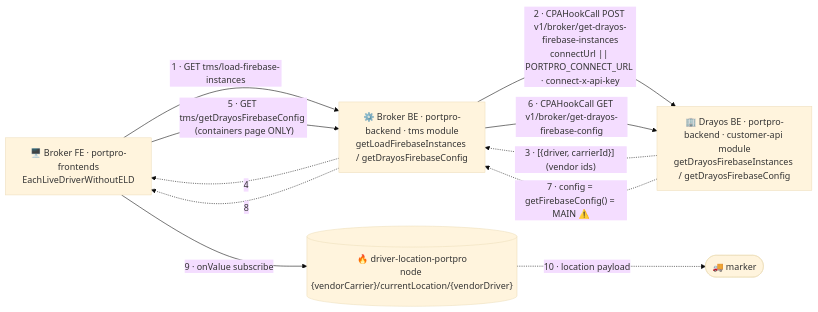
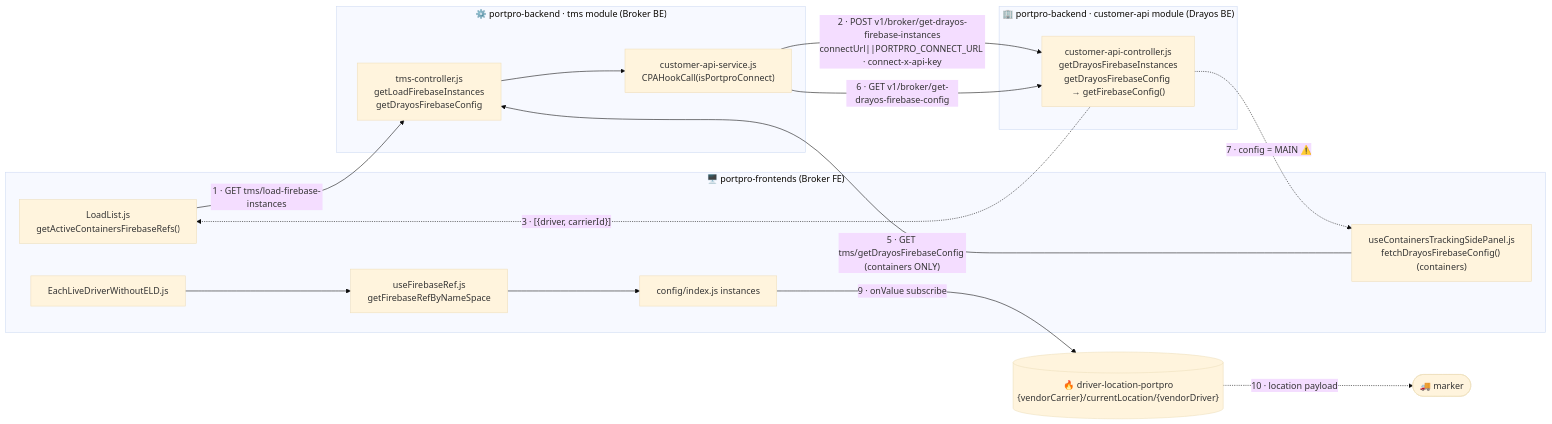
The second of 3 diagrams in raw/Live Tracking Architecture/02 - Flow 2 - Broker to Connected Carrier.md (lamadev7/Obsidian-Vault), drawn with Mermaid (base theme) before and after one commit. The commit also changed 2 other files, not shown here.

Commit message:
Add internal module/file nodes to detailed diagrams (FE picker/config, tracking-api mw, BE modules)

````diff
--- a/raw/Live Tracking Architecture/02 - Flow 2 - Broker to Connected Carrier.md
+++ b/raw/Live Tracking Architecture/02 - Flow 2 - Broker to Connected Carrier.md
@@ -30,21 +30,30 @@
 ```mermaid
 flowchart LR
-  FE["🖥️ Broker FE · portpro-frontends<br/>EachLiveDriverWithoutELD"]
-  BE["⚙️ Broker BE · portpro-backend · tms module<br/>getLoadFirebaseInstances / getDrayosFirebaseConfig"]
-  DE["🏢 Drayos BE · portpro-backend · customer-api module<br/>getDrayosFirebaseInstances / getDrayosFirebaseConfig"]
-  FB[("🔥 driver-location-portpro<br/>node {vendorCarrier}/currentLocation/{vendorDriver}")]
+  subgraph FEG["🖥️ portpro-frontends (Broker FE)"]
+    LL["LoadList.js<br/>getActiveContainersFirebaseRefs()"]
+    SP["useContainersTrackingSidePanel.js<br/>fetchDrayosFirebaseConfig() (containers)"]
+    ELD["EachLiveDriverWithoutELD.js"]
+    HOOK["useFirebaseRef.js<br/>getFirebaseRefByNameSpace"]
+    CFG["config/index.js instances"]
+  end
+  subgraph BEG["⚙️ portpro-backend · tms module (Broker BE)"]
+    TMS["tms-controller.js<br/>getLoadFirebaseInstances<br/>getDrayosFirebaseConfig"]
+    SVC["customer-api-service.js<br/>CPAHookCall(isPortproConnect)"]
+  end
+  subgraph DEG["🏢 portpro-backend · customer-api module (Drayos BE)"]
+    CTRL["customer-api-controller.js<br/>getDrayosFirebaseInstances<br/>getDrayosFirebaseConfig → getFirebaseConfig()"]
+  end
+  FB[("🔥 driver-location-portpro<br/>{vendorCarrier}/currentLocation/{vendorDriver}")]
   MK(["🚚 marker"])
 
-  FE -->|"1 · GET tms/load-firebase-instances"| BE
-  BE -->|"2 · CPAHookCall POST v1/broker/get-drayos-firebase-instances<br/>connectUrl || PORTPRO_CONNECT_URL · connect-x-api-key"| DE
-  DE -.->|"3 · [{driver, carrierId}] (vendor ids)"| BE
-  BE -.->|"4"| FE
+  LL -->|"1 · GET tms/load-firebase-instances"| TMS --> SVC
+  SVC -->|"2 · POST v1/broker/get-drayos-firebase-instances<br/>connectUrl||PORTPRO_CONNECT_URL · connect-x-api-key"| CTRL
+  CTRL -.->|"3 · [{driver, carrierId}]"| LL
 
-  FE -->|"5 · GET tms/getDrayosFirebaseConfig  (containers page ONLY)"| BE
-  BE -->|"6 · CPAHookCall GET v1/broker/get-drayos-firebase-config"| DE
-  DE -.->|"7 · config = getFirebaseConfig() = MAIN ⚠️"| BE
-  BE -.->|"8"| FE
+  SP -->|"5 · GET tms/getDrayosFirebaseConfig (containers ONLY)"| TMS
+  SVC -->|"6 · GET v1/broker/get-drayos-firebase-config"| CTRL
+  CTRL -.->|"7 · config = MAIN ⚠️"| SP
 
-  FE -->|"9 · onValue subscribe"| FB
+  ELD --> HOOK --> CFG -->|"9 · onValue subscribe"| FB
   FB -.->|"10 · location payload"| MK
 ```
````
